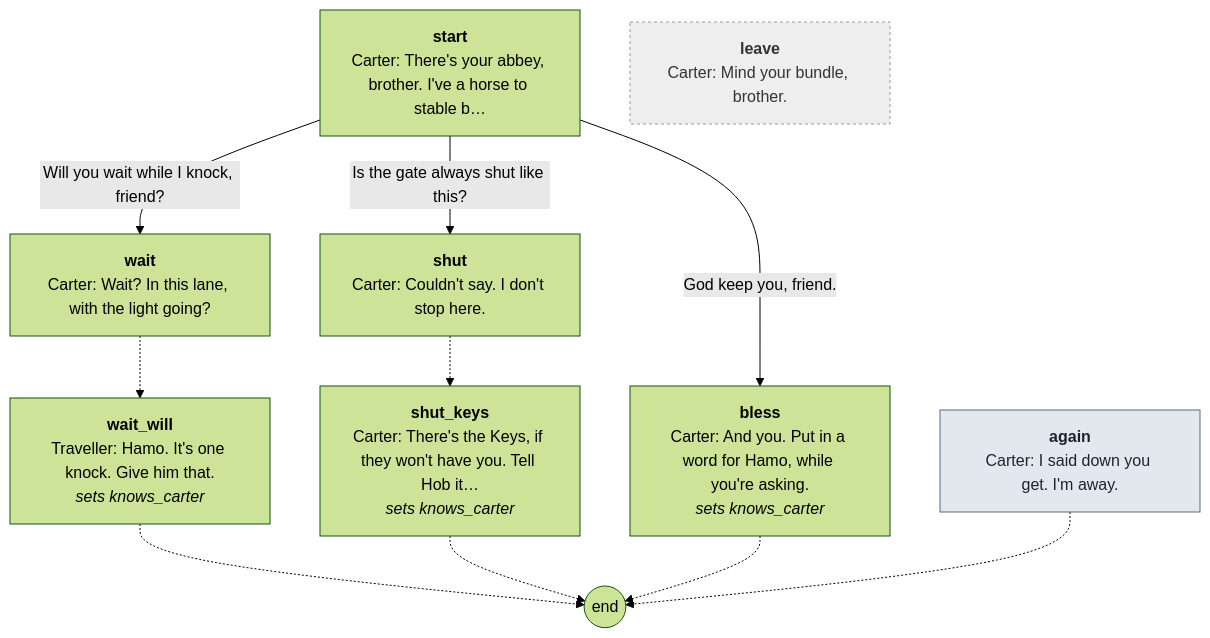
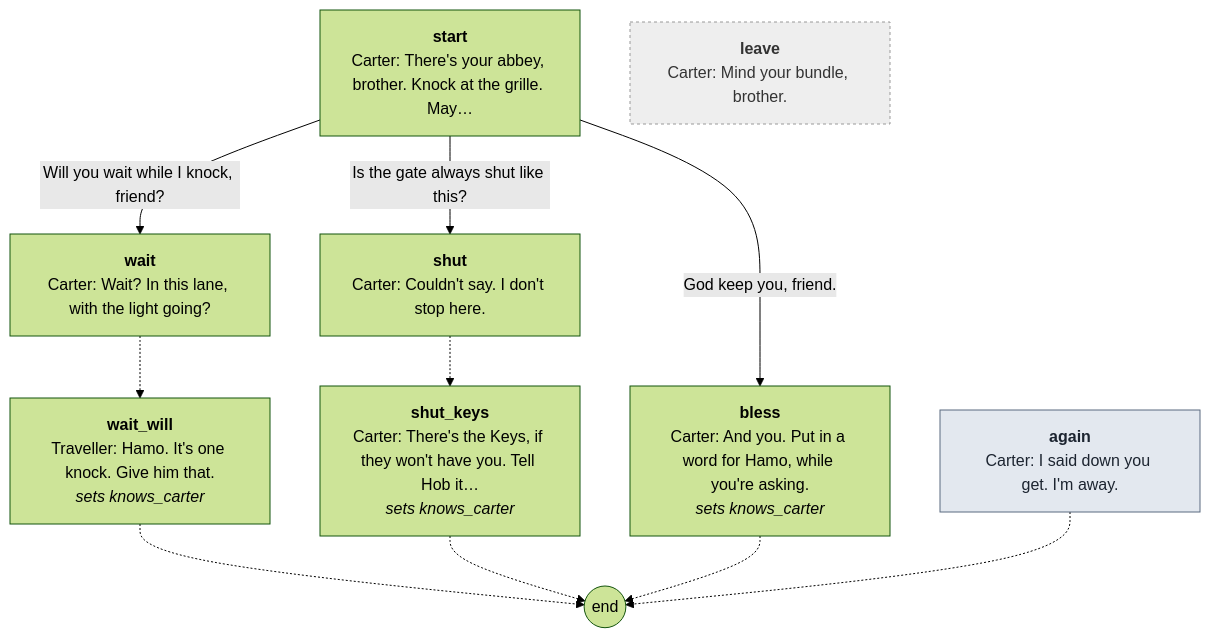
Before and after one commit to toastynaan/the-porter: the third of 19 diagrams in docs/script/night0.md, drawn with Mermaid (forest theme). The commit also changed other lines of this file and 14 other files, not shown here.

````diff
--- a/docs/script/night0.md
+++ b/docs/script/night0.md
@@ -358,26 +358,26 @@
 ```mermaid
 flowchart TD
-  p_start["<b>start</b><br/>Carter: There's your abbey, brother. I've a horse to stable b…"]
+  p_start["<b>start</b><br/>Carter: There's your abbey, brother. Knock at the grille. May…"]
   p_wait["<b>wait</b><br/>Carter: Wait? In this lane, with the light going?"]
   p_wait_will["<b>wait_will</b><br/>Traveller: Hamo. It's one knock. Give him that.<br/><i>sets knows_carter</i>"]
   p_shut["<b>shut</b><br/>Carter: Couldn't say. I don't stop here."]
   p_shut_keys["<b>shut_keys</b><br/>Carter: There's the Keys, if they won't have you. Tell Hob it…<br/><i>sets knows_carter</i>"]
   p_bless["<b>bless</b><br/>Carter: And you. Put in a word for Hamo, while you're asking.<br/><i>sets knows_carter</i>"]
   p_again["<b>again</b><br/>Carter: I said down you get. I'm away."]
   p_leave["<b>leave</b><br/>Carter: Mind your bundle, brother."]
   end_((end))
   p_start -->|"Will you wait while I knock, friend?"| p_wait
   p_start -->|"Is the gate always shut like this?"| p_shut
   p_start -->|"God keep you, friend."| p_bless
   p_wait -.-> p_wait_will
   p_wait_will -.-> end_
   p_shut -.-> p_shut_keys
   p_shut_keys -.-> end_
   p_bless -.-> end_
   p_again -.-> end_
   classDef claim fill:#f3e3b5,stroke:#9a6b1a,color:#2b2116
   classDef again fill:#e3e8ef,stroke:#5b6b80,color:#1c2430
   classDef leave fill:#eee,stroke:#999,color:#333,stroke-dasharray: 3 3
   class p_again again
   class p_leave leave
 ```
````
